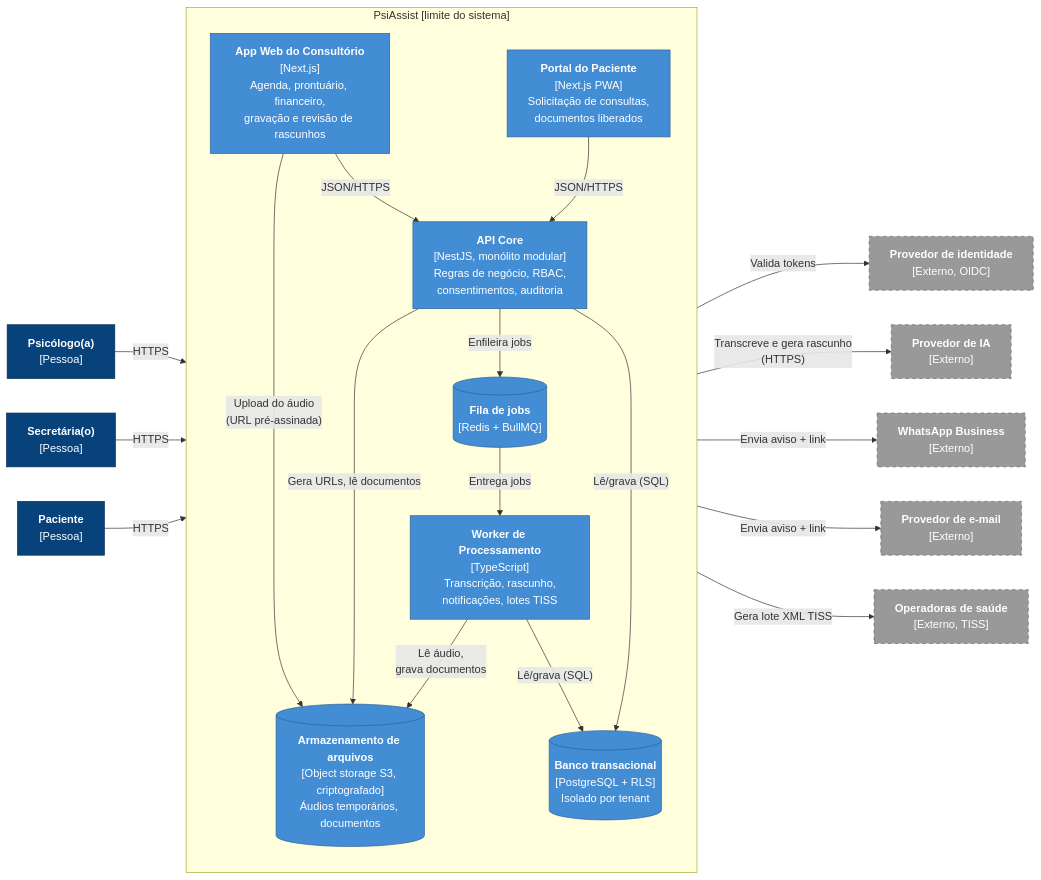
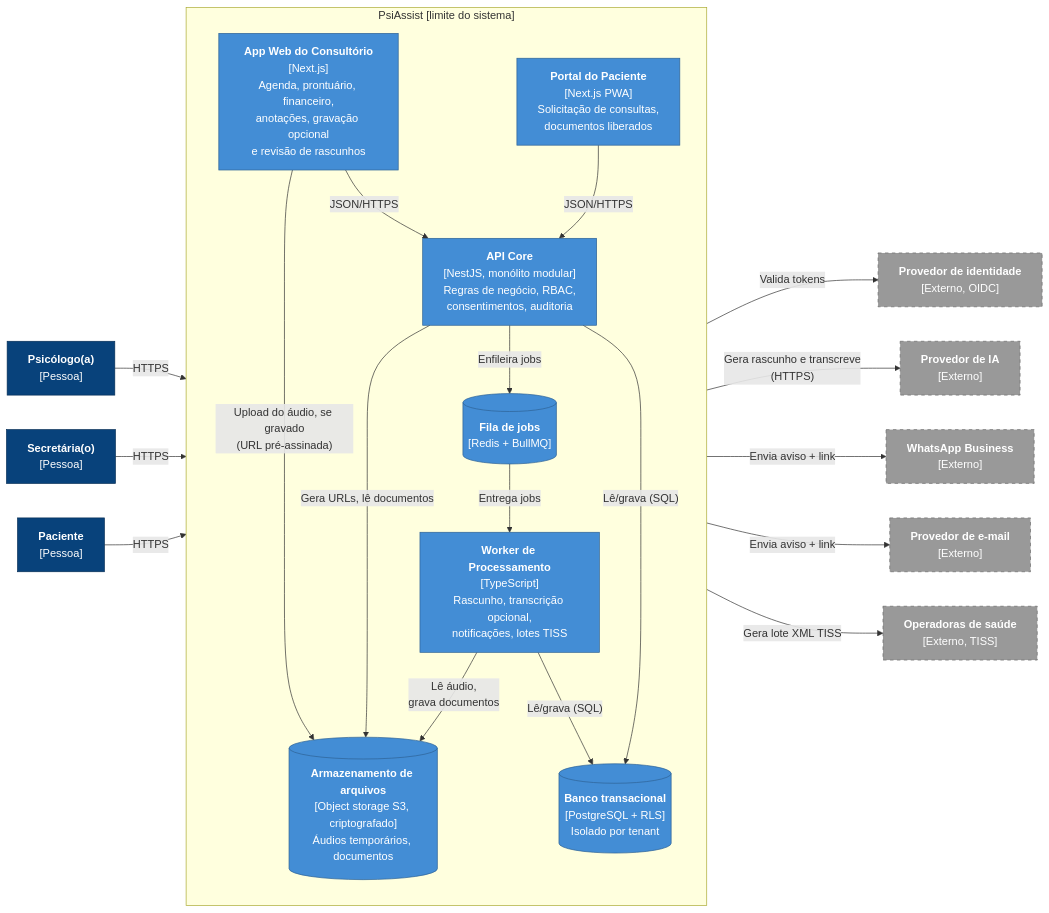
Before and after one commit to lgpsouza/psiassist-arquitetura: the second of 4 diagrams in README.md, drawn with Mermaid. The commit also changed other lines of this file, not shown here.

First line of the commit message:
docs: gravação opcional e IA gera conteúdo a partir do psicólogo

````diff
--- a/README.md
+++ b/README.md
@@ -184,53 +187,53 @@
 ```mermaid
 flowchart LR
     psi["<b>Psicólogo(a)</b><br/>[Pessoa]"]
     sec["<b>Secretária(o)</b><br/>[Pessoa]"]
     pac["<b>Paciente</b><br/>[Pessoa]"]
 
     subgraph psiassist["PsiAssist [limite do sistema]"]
         direction TB
-        web["<b>App Web do Consultório</b><br/>[Next.js]<br/>Agenda, prontuário, financeiro,<br/>gravação e revisão de rascunhos"]
+        web["<b>App Web do Consultório</b><br/>[Next.js]<br/>Agenda, prontuário, financeiro,<br/>anotações, gravação opcional<br/>e revisão de rascunhos"]
         portal["<b>Portal do Paciente</b><br/>[Next.js PWA]<br/>Solicitação de consultas,<br/>documentos liberados"]
         api["<b>API Core</b><br/>[NestJS, monólito modular]<br/>Regras de negócio, RBAC,<br/>consentimentos, auditoria"]
-        worker["<b>Worker de Processamento</b><br/>[TypeScript]<br/>Transcrição, rascunho,<br/>notificações, lotes TISS"]
+        worker["<b>Worker de Processamento</b><br/>[TypeScript]<br/>Rascunho, transcrição opcional,<br/>notificações, lotes TISS"]
         queue[("<b>Fila de jobs</b><br/>[Redis + BullMQ]")]
         db[("<b>Banco transacional</b><br/>[PostgreSQL + RLS]<br/>Isolado por tenant")]
         storage[("<b>Armazenamento de arquivos</b><br/>[Object storage S3, criptografado]<br/>Áudios temporários, documentos")]
     end
 
     ia["<b>Provedor de IA</b><br/>[Externo]"]
     wpp["<b>WhatsApp Business</b><br/>[Externo]"]
     mail["<b>Provedor de e-mail</b><br/>[Externo]"]
     ops["<b>Operadoras de saúde</b><br/>[Externo, TISS]"]
     idp["<b>Provedor de identidade</b><br/>[Externo, OIDC]"]
 
     psi -- "HTTPS" --> web
     sec -- "HTTPS" --> web
     pac -- "HTTPS" --> portal
 
     web -- "JSON/HTTPS" --> api
     portal -- "JSON/HTTPS" --> api
-    web -- "Upload do áudio<br/>(URL pré-assinada)" --> storage
+    web -- "Upload do áudio, se gravado<br/>(URL pré-assinada)" --> storage
 
     api -- "Lê/grava (SQL)" --> db
     api -- "Enfileira jobs" --> queue
     api -- "Gera URLs, lê documentos" --> storage
     api -- "Valida tokens" --> idp
 
     queue -- "Entrega jobs" --> worker
     worker -- "Lê/grava (SQL)" --> db
     worker -- "Lê áudio,<br/>grava documentos" --> storage
-    worker -- "Transcreve e gera rascunho<br/>(HTTPS)" --> ia
+    worker -- "Gera rascunho e transcreve<br/>(HTTPS)" --> ia
     worker -- "Envia aviso + link" --> wpp
     worker -- "Envia aviso + link" --> mail
     worker -- "Gera lote XML TISS" --> ops
 
     classDef person fill:#08427b,stroke:#052e56,color:#fff
     classDef container fill:#438dd5,stroke:#2e6295,color:#fff
     classDef store fill:#438dd5,stroke:#2e6295,color:#fff
     classDef external fill:#999999,stroke:#6b6b6b,color:#fff,stroke-dasharray:5 5
     class psi,sec,pac person
     class web,portal,api,worker container
     class queue,db,storage store
     class ia,wpp,mail,ops,idp external
 ```
````
